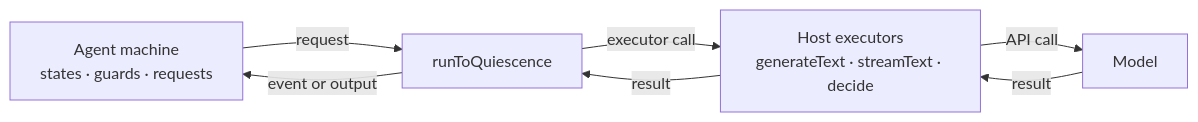
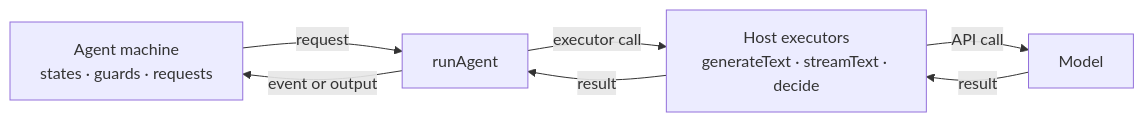
The diagram in readme.md (statelyai/agent), drawn with Mermaid before and after one commit. The commit also changed other lines of this file and 10 other files, not shown here.

First line of the commit message:
Add runAgent: one-call sugar over createAgentRuntime + runToQuiescence

````diff
--- a/readme.md
+++ b/readme.md
@@ -164,9 +160,9 @@
 ```mermaid
 flowchart LR
-  M["Agent machine<br/>states · guards · requests"] -->|request| R["runToQuiescence"]
+  M["Agent machine<br/>states · guards · requests"] -->|request| R["runAgent"]
   R -->|executor call| E["Host executors<br/>generateText · streamText · decide"]
   E -->|API call| L["Model"]
   L -->|result| E
   E -->|result| R
   R -->|event or output| M
 ```
````
